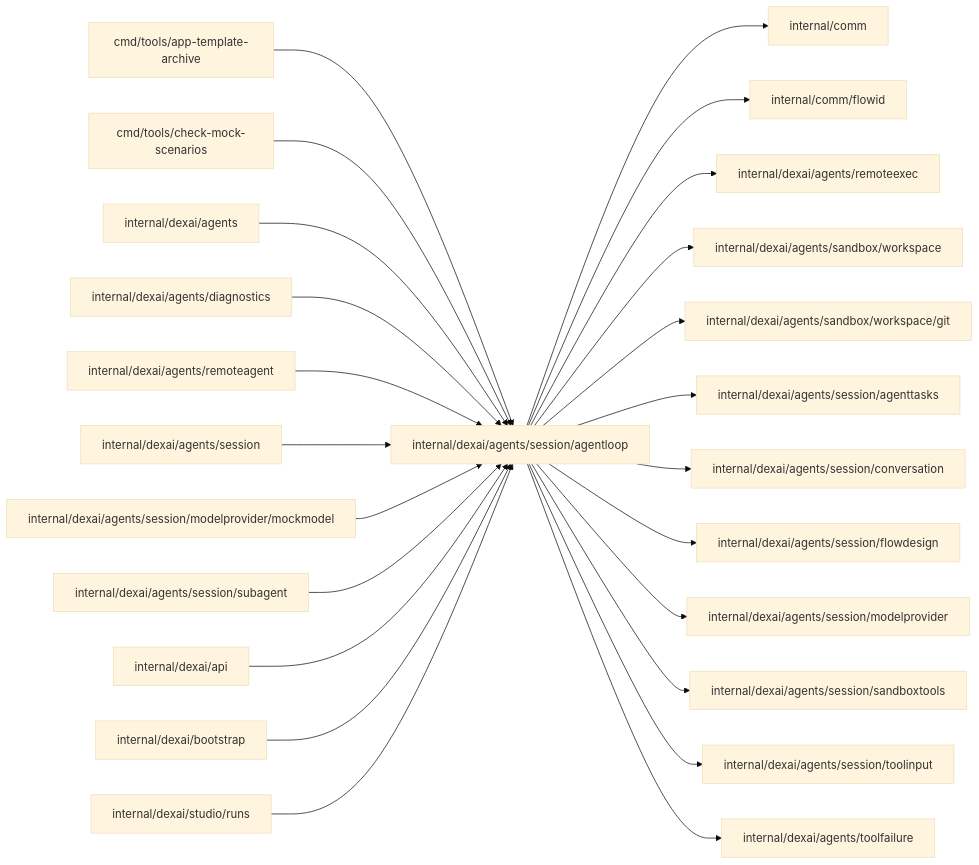
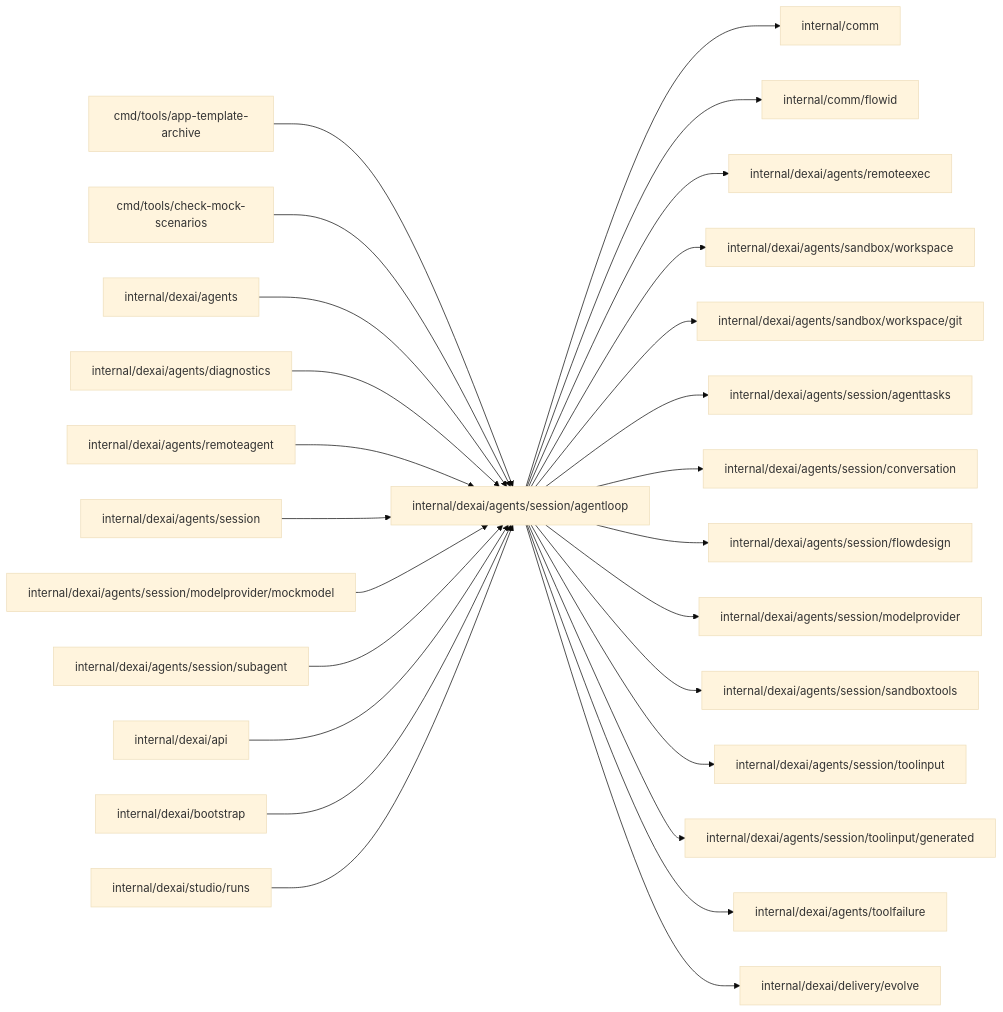
The diagram in internal/dexai/agents/session/agentloop/README.md (superdurable/superverse), drawn with Mermaid (base theme) before and after one commit. The commit also changed other lines of this file and 226 other files, not shown here.

````diff
--- a/internal/dexai/agents/session/agentloop/README.md
+++ b/internal/dexai/agents/session/agentloop/README.md
@@ -10,27 +10,29 @@
 ```mermaid
 flowchart LR
   self["internal/dexai/agents/session/agentloop"]
   c0["cmd/tools/app-template-archive"] --> self
   c1["cmd/tools/check-mock-scenarios"] --> self
   c2["internal/dexai/agents"] --> self
   c3["internal/dexai/agents/diagnostics"] --> self
   c4["internal/dexai/agents/remoteagent"] --> self
   c5["internal/dexai/agents/session"] --> self
   c6["internal/dexai/agents/session/modelprovider/mockmodel"] --> self
   c7["internal/dexai/agents/session/subagent"] --> self
   c8["internal/dexai/api"] --> self
   c9["internal/dexai/bootstrap"] --> self
   c10["internal/dexai/studio/runs"] --> self
   self --> d0["internal/comm"]
   self --> d1["internal/comm/flowid"]
   self --> d2["internal/dexai/agents/remoteexec"]
   self --> d3["internal/dexai/agents/sandbox/workspace"]
   self --> d4["internal/dexai/agents/sandbox/workspace/git"]
   self --> d5["internal/dexai/agents/session/agenttasks"]
   self --> d6["internal/dexai/agents/session/conversation"]
   self --> d7["internal/dexai/agents/session/flowdesign"]
   self --> d8["internal/dexai/agents/session/modelprovider"]
   self --> d9["internal/dexai/agents/session/sandboxtools"]
   self --> d10["internal/dexai/agents/session/toolinput"]
-  self --> d11["internal/dexai/agents/toolfailure"]
+  self --> d11["internal/dexai/agents/session/toolinput/generated"]
+  self --> d12["internal/dexai/agents/toolfailure"]
+  self --> d13["internal/dexai/delivery/evolve"]
 ```
````
